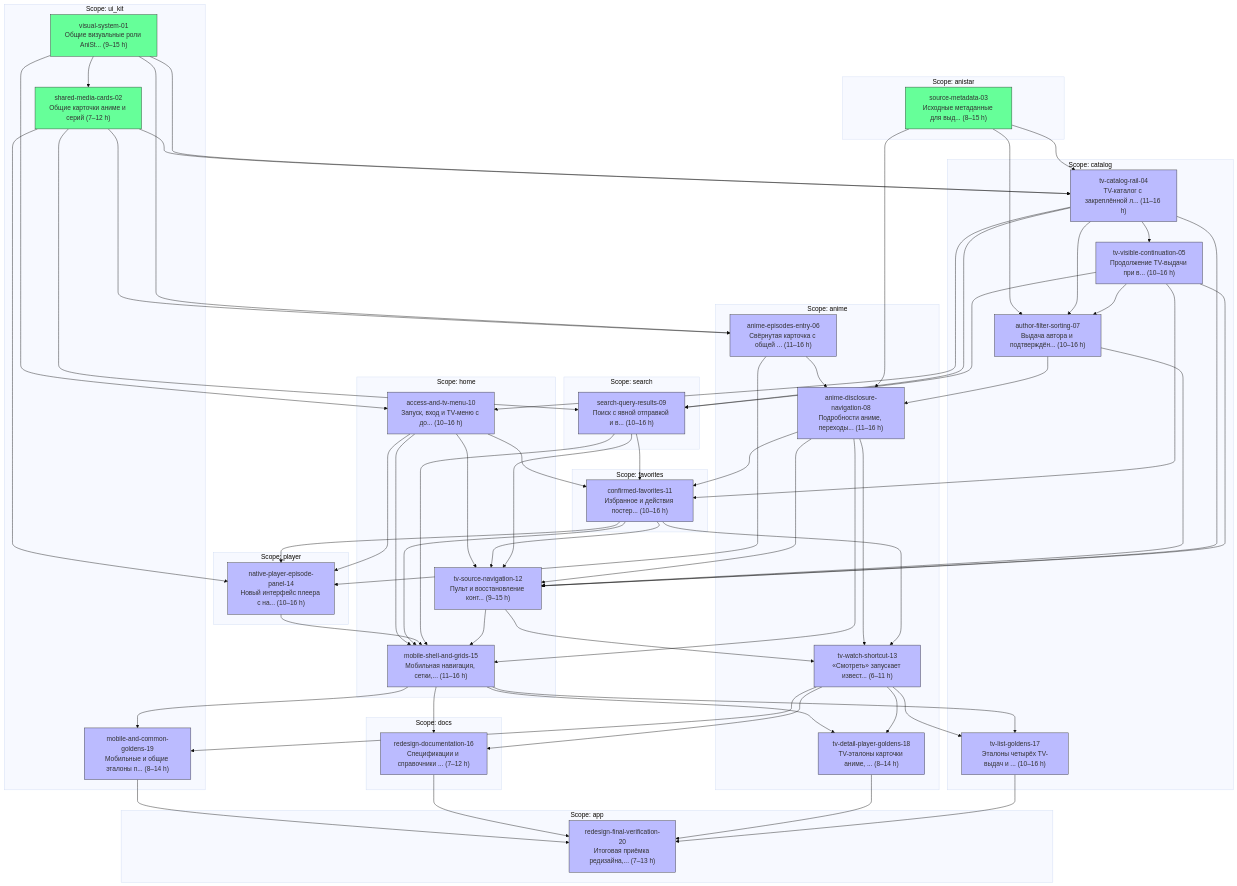
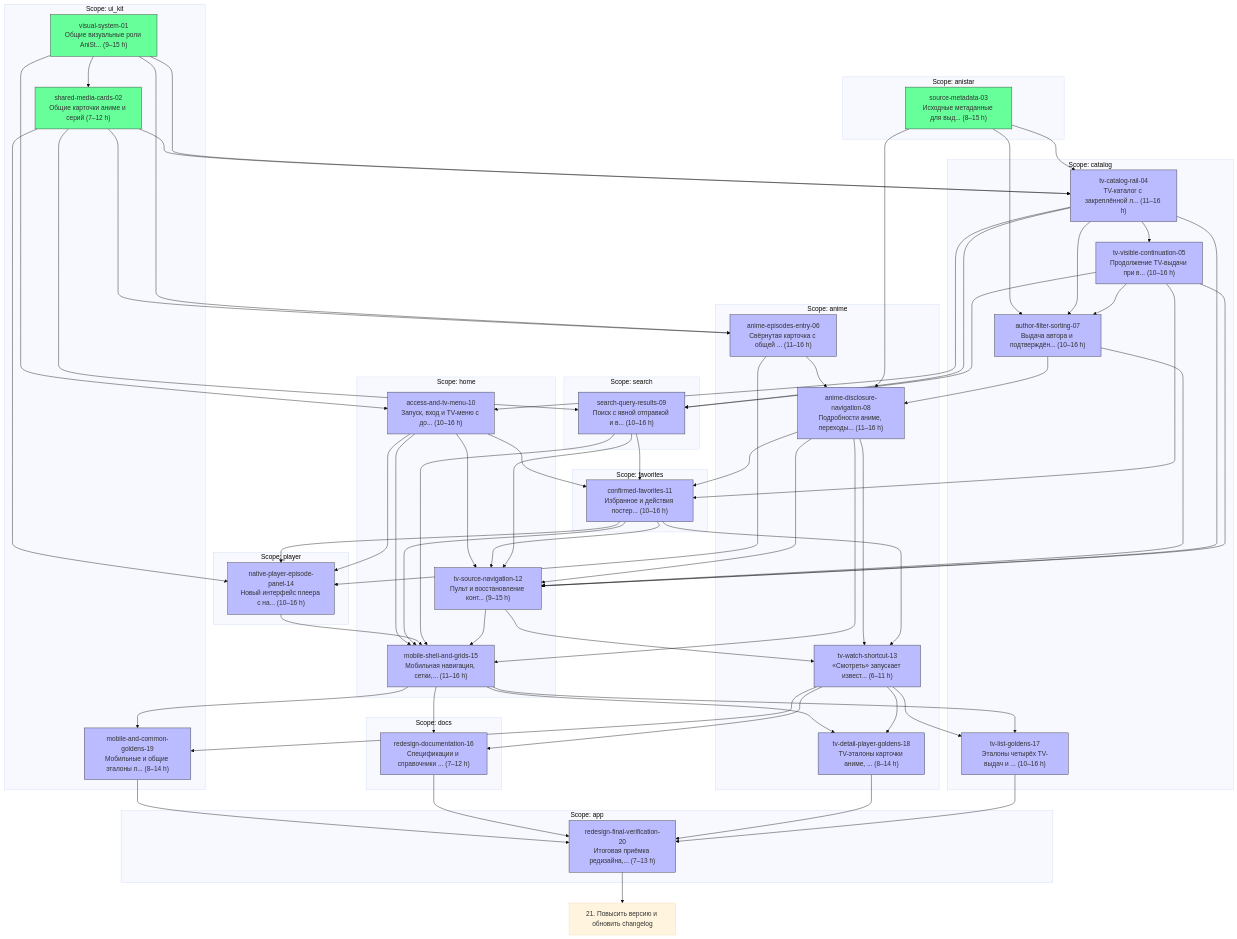
One commit to Overman775/anistar-tv_ai-software-factory changed the diagram in docs/tasks/prototype-redesign-2026-11-12/epic.md. Above: the diagram before and after it, drawn with Mermaid (base theme). The commit also changed other lines of this file, not shown here.

Commit message:
docs(anistar_tv): link release task after redesign acceptance

````diff
--- a/docs/tasks/prototype-redesign-2026-11-12/epic.md
+++ b/docs/tasks/prototype-redesign-2026-11-12/epic.md
@@ -157,4 +158,5 @@
   task_001 --> task_018
   task_004 --> task_018
   task_016 --> task_018
+  task_009 --> release_followup["21. Повысить версию и обновить changelog"]
 ```
````
